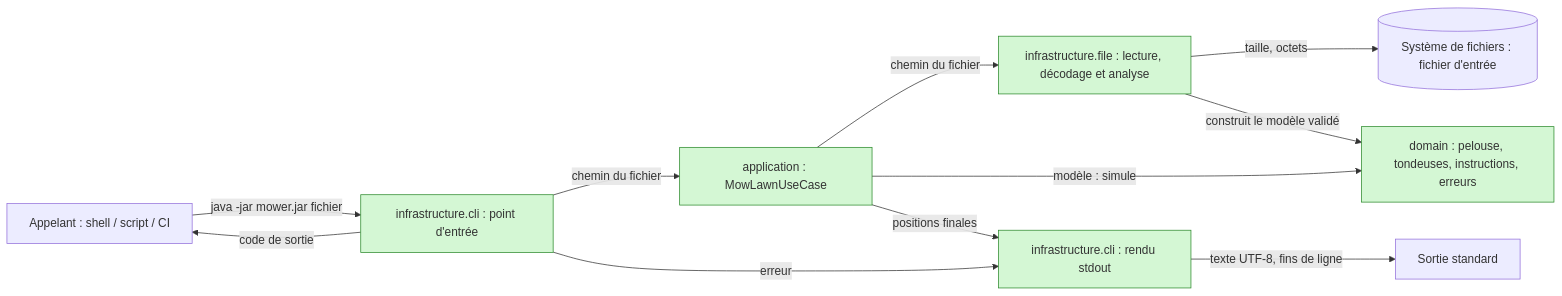
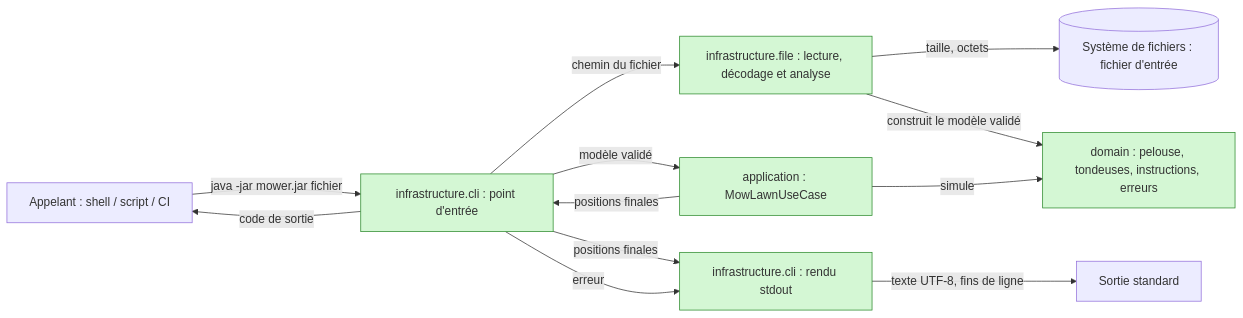
One commit to dcognet/automower changed the second of 2 diagrams in docs/plans/tondeuse.tech.md. Above: the diagram before and after it, drawn with Mermaid. The commit also changed other lines of this file, not shown here.

Commit message:
docs: align technical plan with use case returning the mowers

````diff
--- a/docs/plans/tondeuse.tech.md
+++ b/docs/plans/tondeuse.tech.md
@@ -29,14 +29,15 @@
 ```mermaid
 flowchart LR
   User[Appelant : shell / script / CI] -->|java -jar mower.jar fichier| Main[infrastructure.cli : point d'entrée]:::nouveau
-  Main -->|chemin du fichier| UseCase[application : MowLawnUseCase]:::nouveau
-  UseCase -->|chemin du fichier| Reader[infrastructure.file : lecture, décodage et analyse]:::nouveau
+  Main -->|chemin du fichier| Reader[infrastructure.file : lecture, décodage et analyse]:::nouveau
   Reader -->|taille, octets| FS[(Système de fichiers : fichier d'entrée)]
   Reader -->|construit le modèle validé| Domain
-  UseCase -->|modèle : simule| Domain[domain : pelouse, tondeuses, instructions, erreurs]:::nouveau
-  UseCase -->|positions finales| Writer[infrastructure.cli : rendu stdout]:::nouveau
+  Main -->|modèle validé| UseCase[application : MowLawnUseCase]:::nouveau
+  UseCase -->|simule| Domain[domain : pelouse, tondeuses, instructions, erreurs]:::nouveau
+  UseCase -->|positions finales| Main
+  Main -->|positions finales| Writer[infrastructure.cli : rendu stdout]:::nouveau
   Main -->|erreur| Writer
   Writer -->|texte UTF-8, fins de ligne \n| Out[Sortie standard]
   Main -->|code de sortie| User
   classDef nouveau fill:#d4f7d4,stroke:#2c8a2c;
 ```
````
